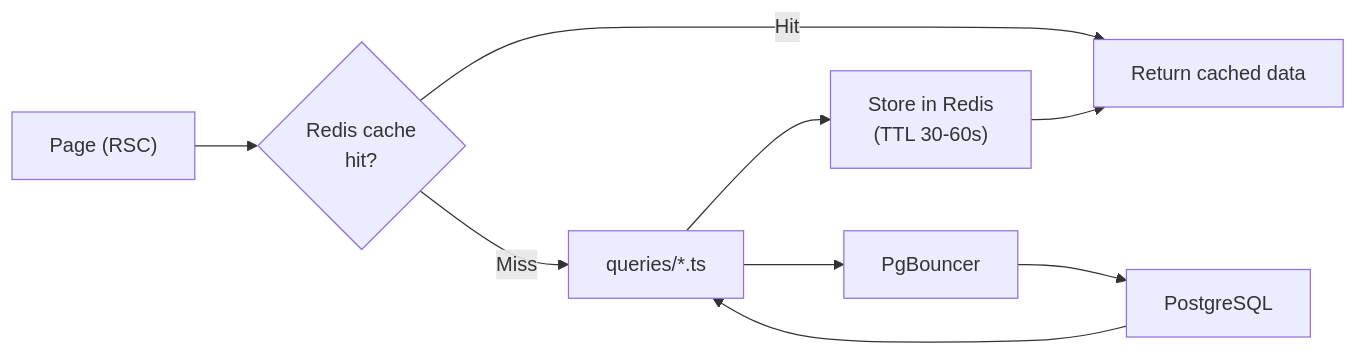
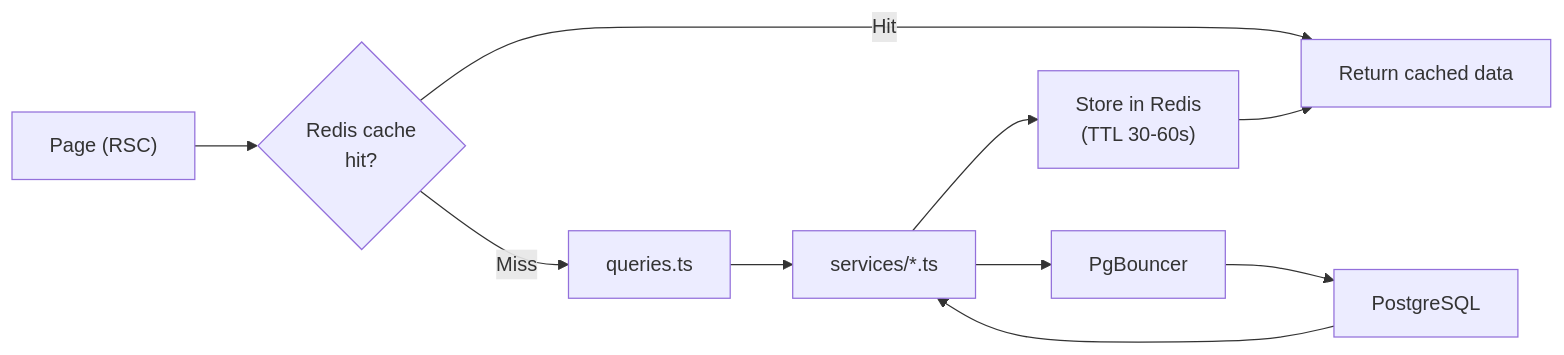
One commit to shunlink/tms changed diagram 11 of 20 in docs/ARCHITECTURE_AND_USER_FLOW.md. Above: the diagram before and after it, drawn with Mermaid. The commit also changed other lines of this file and 7 other files, not shown here.

````diff
--- a/docs/ARCHITECTURE_AND_USER_FLOW.md
+++ b/docs/ARCHITECTURE_AND_USER_FLOW.md
@@ -437,11 +414,12 @@
 ```mermaid
 flowchart LR
     PAGE["Page (RSC)"] --> CACHE{"Redis cache<br/>hit?"}
     CACHE -->|Hit| RESP["Return cached data"]
-    CACHE -->|Miss| QUERY["queries/*.ts"]
-    QUERY --> PGB["PgBouncer"]
+    CACHE -->|Miss| QUERY["queries.ts"]
+    QUERY --> SVC["services/*.ts"]
+    SVC --> PGB["PgBouncer"]
     PGB --> PG["PostgreSQL"]
-    PG --> QUERY
-    QUERY --> STORE["Store in Redis<br/>(TTL 30-60s)"]
+    PG --> SVC
+    SVC --> STORE["Store in Redis<br/>(TTL 30-60s)"]
     STORE --> RESP
 ```
````
